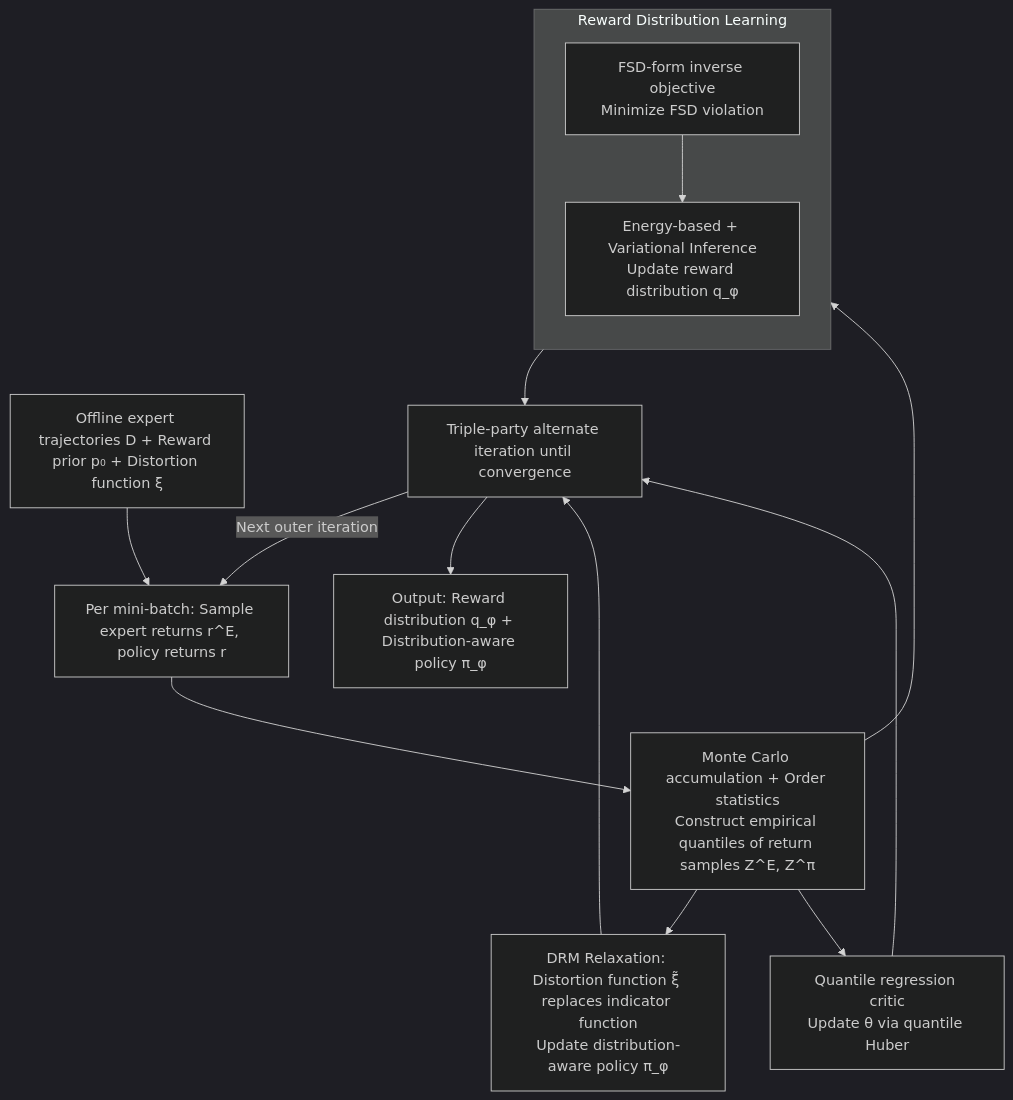
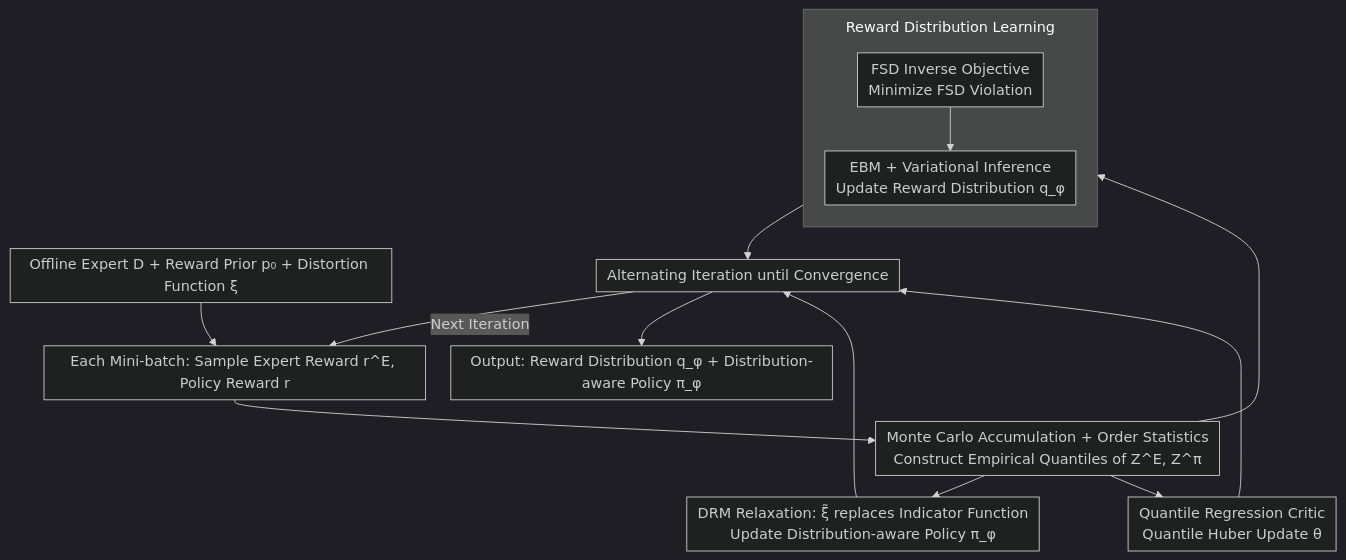
The diagram in docs/ICML2026/reinforcement_learning/distributional_inverse_reinforcement_learning.md (zhaoyang97/Paper-Notes-en), drawn with Mermaid (dark theme) before and after one commit. The commit also changed other lines of this file and 5084 other files, not shown here.

````diff
--- a/docs/ICML2026/reinforcement_learning/distributional_inverse_reinforcement_learning.md
+++ b/docs/ICML2026/reinforcement_learning/distributional_inverse_reinforcement_learning.md
@@ -42,17 +42,18 @@
 ```mermaid
-graph TD
-    A["Offline expert trajectories D + Reward prior p₀ + Distortion function ξ"] --> B["Per mini-batch: Sample expert returns r^E, policy returns r"]
-    B --> C["Monte Carlo accumulation + Order statistics<br/>Construct empirical quantiles of return samples Z^E, Z^π"]
+%%{init: {'flowchart': {'rankSpacing': 24, 'nodeSpacing': 28, 'padding': 6, 'wrappingWidth': 400, 'subGraphTitleMargin': {'top': 8, 'bottom': 16}}}}%%
+flowchart TD
+    A["Offline Expert D + Reward Prior p₀ + Distortion Function ξ"] --> B["Each Mini-batch: Sample Expert Reward r^E, Policy Reward r"]
+    B --> C["Monte Carlo Accumulation + Order Statistics<br/>Construct Empirical Quantiles of Z^E, Z^π"]
     C --> REW
-    C --> F["DRM Relaxation: Distortion function ξ̃ replaces indicator function<br/>Update distribution-aware policy π_φ"]
-    C --> H["Quantile regression critic<br/>Update θ via quantile Huber"]
+    C --> F["DRM Relaxation: ξ̃ replaces Indicator Function<br/>Update Distribution-aware Policy π_φ"]
+    C --> H["Quantile Regression Critic<br/>Quantile Huber Update θ"]
     subgraph REW["Reward Distribution Learning"]
         direction TB
-        D["FSD-form inverse objective<br/>Minimize FSD violation"] --> E["Energy-based + Variational Inference<br/>Update reward distribution q_φ"]
+        D["FSD Inverse Objective<br/>Minimize FSD Violation"] --> E["EBM + Variational Inference<br/>Update Reward Distribution q_φ"]
     end
-    E --> I["Triple-party alternate iteration until convergence"]
+    E --> I["Alternating Iteration until Convergence"]
     F --> I
     H --> I
-    I -->|Next outer iteration| B
-    I --> J["Output: Reward distribution q_φ + Distribution-aware policy π_φ"]
+    I -->|Next Iteration| B
+    I --> J["Output: Reward Distribution q_φ + Distribution-aware Policy π_φ"]
 ```
````
